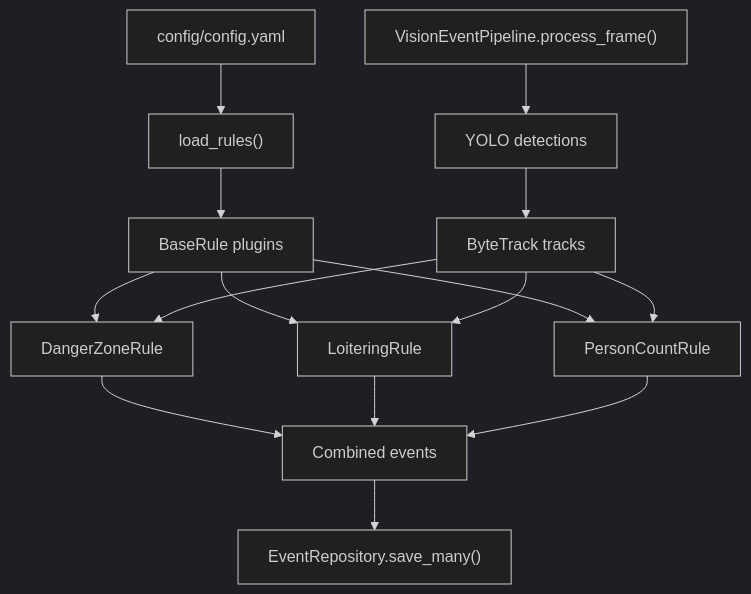
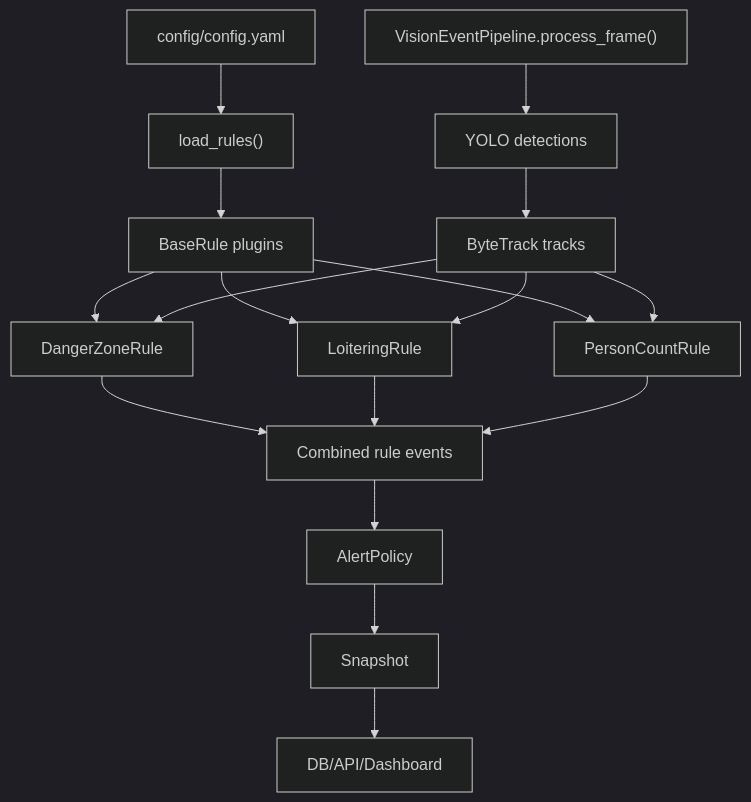
Before and after one commit to jiyeon0715/vision-event-platform: the first of 2 diagrams in README.md, drawn with Mermaid (dark theme). The commit also changed other lines of this file and 7 other files, not shown here.

````diff
--- a/README.md
+++ b/README.md
@@ -34,17 +39,19 @@
 ```mermaid
 flowchart TD
     A["config/config.yaml"] --> B["load_rules()"]
     B --> C["BaseRule plugins"]
     C --> D["DangerZoneRule"]
     C --> E["LoiteringRule"]
     C --> F["PersonCountRule"]
     G["VisionEventPipeline.process_frame()"] --> H["YOLO detections"]
     H --> I["ByteTrack tracks"]
     I --> D
     I --> E
     I --> F
-    D --> J["Combined events"]
+    D --> J["Combined rule events"]
     E --> J
     F --> J
-    J --> K["EventRepository.save_many()"]
+    J --> K["AlertPolicy"]
+    K --> L["Snapshot"]
+    L --> M["DB/API/Dashboard"]
 ```
````
